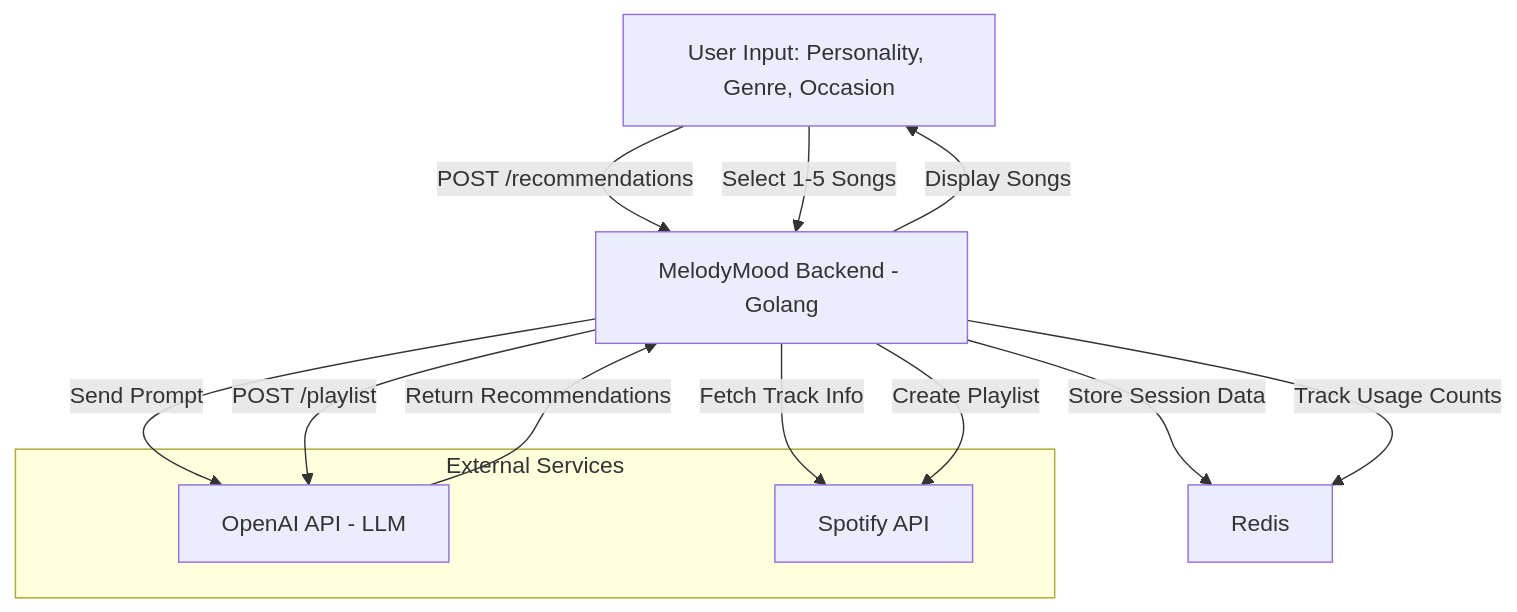
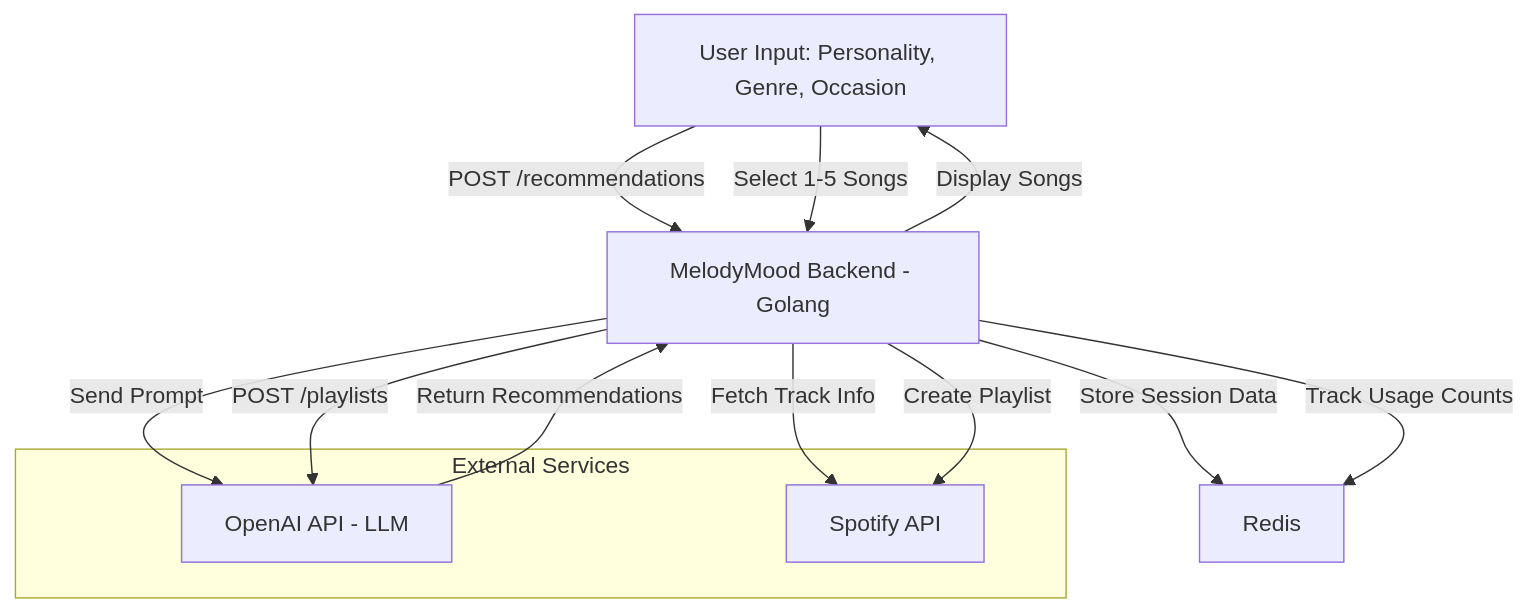
Before and after one commit to zikrykr/melody-mood: the diagram in README.md, drawn with Mermaid. The commit also changed other lines of this file, not shown here.

````diff
--- a/README.md
+++ b/README.md
@@ -24,26 +24,26 @@
 ```mermaid
 flowchart TD
   A[User Input: Personality, Genre, Occasion]
   B[MelodyMood Backend - Golang]
   C[OpenAI API - LLM]
   D[Spotify API]
   R[Redis]
 
   A -->|POST /recommendations| B
 
   subgraph External Services
     C
     D
   end
 
   B -->|Send Prompt| C
   C -->|Return Recommendations| B
   B -->|Fetch Track Info| D
   B -->|Store Session Data| R
   B -->|Display Songs| A
 
   A -->|Select 1-5 Songs| B
-  B -->|POST /playlist| C
+  B -->|POST /playlists| C
   B -->|Create Playlist| D
   B -->|Track Usage Counts| R
 ```
````
